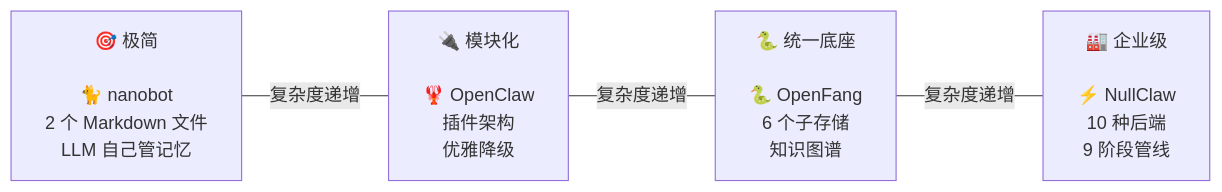
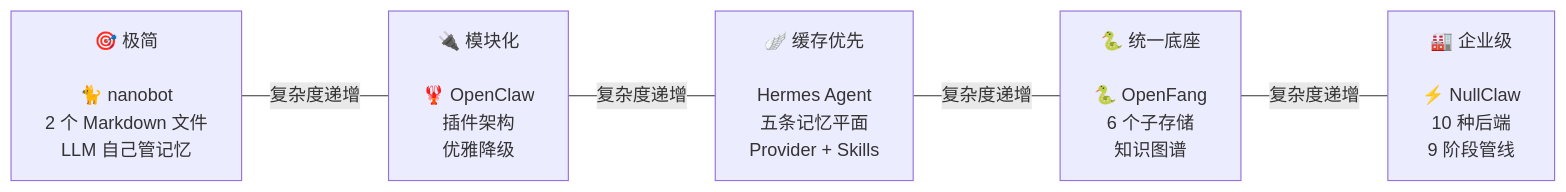
The sixth of 6 diagrams in README.md (breath57/how-ai-agents-remember), drawn with Mermaid before and after one commit. The commit also changed other lines of this file and 11 other files, not shown here.

Commit message:
docs: add Hermes Agent memory analysis

````diff
--- a/README.md
+++ b/README.md
@@ -242,6 +274,7 @@
 ```mermaid
 graph LR
     A["`🎯 极简<br/><br/>🐈 nanobot<br/>2 个 Markdown 文件<br/>LLM 自己管记忆`"] ---|复杂度递增| B["`🔌 模块化<br/><br/>🦞 OpenClaw<br/>插件架构<br/>优雅降级`"]
-    B ---|复杂度递增| C["`🐍 统一底座<br/><br/>🐍 OpenFang<br/>6 个子存储<br/>知识图谱`"]
-    C ---|复杂度递增| D["`🏭 企业级<br/><br/>⚡ NullClaw<br/>10 种后端<br/>9 阶段管线`"]
+    B ---|复杂度递增| C["`🪽 缓存优先<br/><br/>Hermes Agent<br/>五条记忆平面<br/>Provider + Skills`"]
+    C ---|复杂度递增| D["`🐍 统一底座<br/><br/>🐍 OpenFang<br/>6 个子存储<br/>知识图谱`"]
+    D ---|复杂度递增| E["`🏭 企业级<br/><br/>⚡ NullClaw<br/>10 种后端<br/>9 阶段管线`"]
 ```
````
